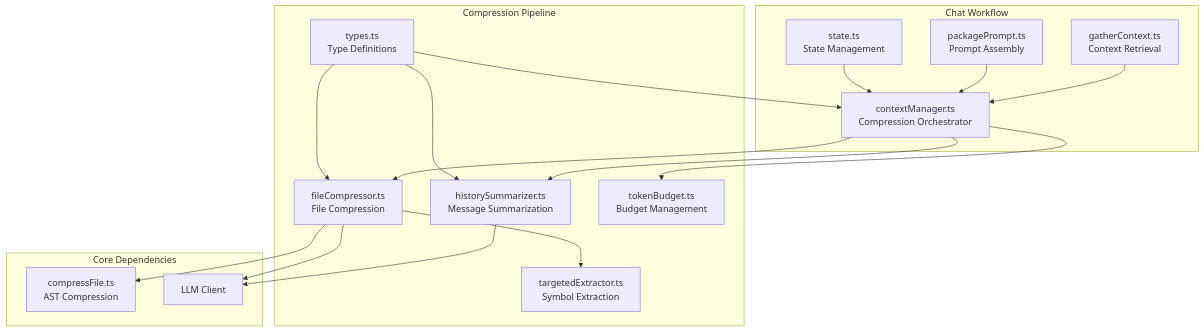
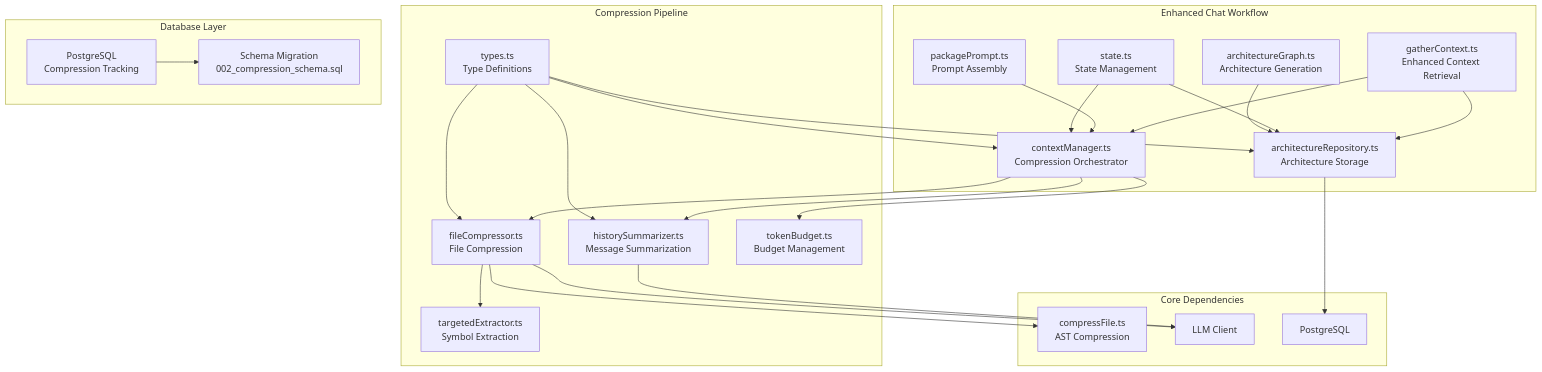
Before and after one commit to bramburn/repomix-runner: the fifth of 11 diagrams in .qoder/repowiki/en/content/Core Features/Reactive Context Compression.md, drawn with Mermaid. The commit also changed other lines of this file and 27 other files, not shown here.

````diff
--- a/.qoder/repowiki/en/content/Core Features/Reactive Context Compression.md
+++ b/.qoder/repowiki/en/content/Core Features/Reactive Context Compression.md
@@ -176,33 +253,46 @@
 ```mermaid
 graph TB
-subgraph "Chat Workflow"
-GC[gatherContext.ts<br/>Context Retrieval]
+subgraph "Enhanced Chat Workflow"
+GC[gatherContext.ts<br/>Enhanced Context Retrieval]
 CM[contextManager.ts<br/>Compression Orchestrator]
 PP[packagePrompt.ts<br/>Prompt Assembly]
 ST[state.ts<br/>State Management]
+AR[architectureRepository.ts<br/>Architecture Storage]
+AG[architectureGraph.ts<br/>Architecture Generation]
 end
 subgraph "Compression Pipeline"
 HB[historySummarizer.ts<br/>Message Summarization]
 FC[fileCompressor.ts<br/>File Compression]
 TE[targetedExtractor.ts<br/>Symbol Extraction]
 TB[tokenBudget.ts<br/>Budget Management]
 TY[types.ts<br/>Type Definitions]
 end
+subgraph "Database Layer"
+DB[PostgreSQL<br/>Compression Tracking]
+SCHEMA[Schema Migration<br/>002_compression_schema.sql]
+end
 subgraph "Core Dependencies"
 CF[compressFile.ts<br/>AST Compression]
 LLM[LLM Client]
+PG[PostgreSQL]
 end
 GC --> CM
+GC --> AR
 PP --> CM
 ST --> CM
+ST --> AR
 CM --> HB
 CM --> FC
 CM --> TB
 FC --> TE
 FC --> CF
 HB --> LLM
 FC --> LLM
+AR --> PG
+AG --> AR
 TY --> CM
 TY --> HB
 TY --> FC
+TY --> AR
+DB --> SCHEMA
 ```
````
